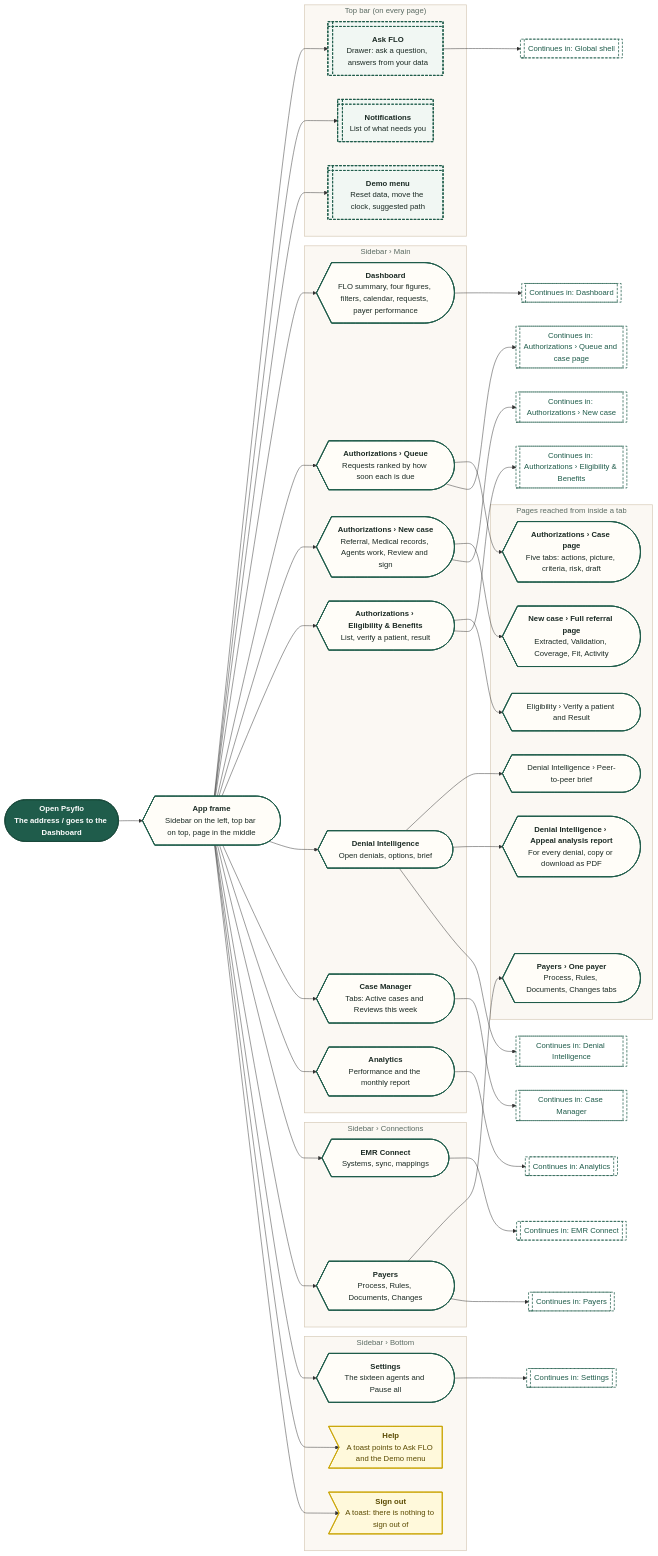
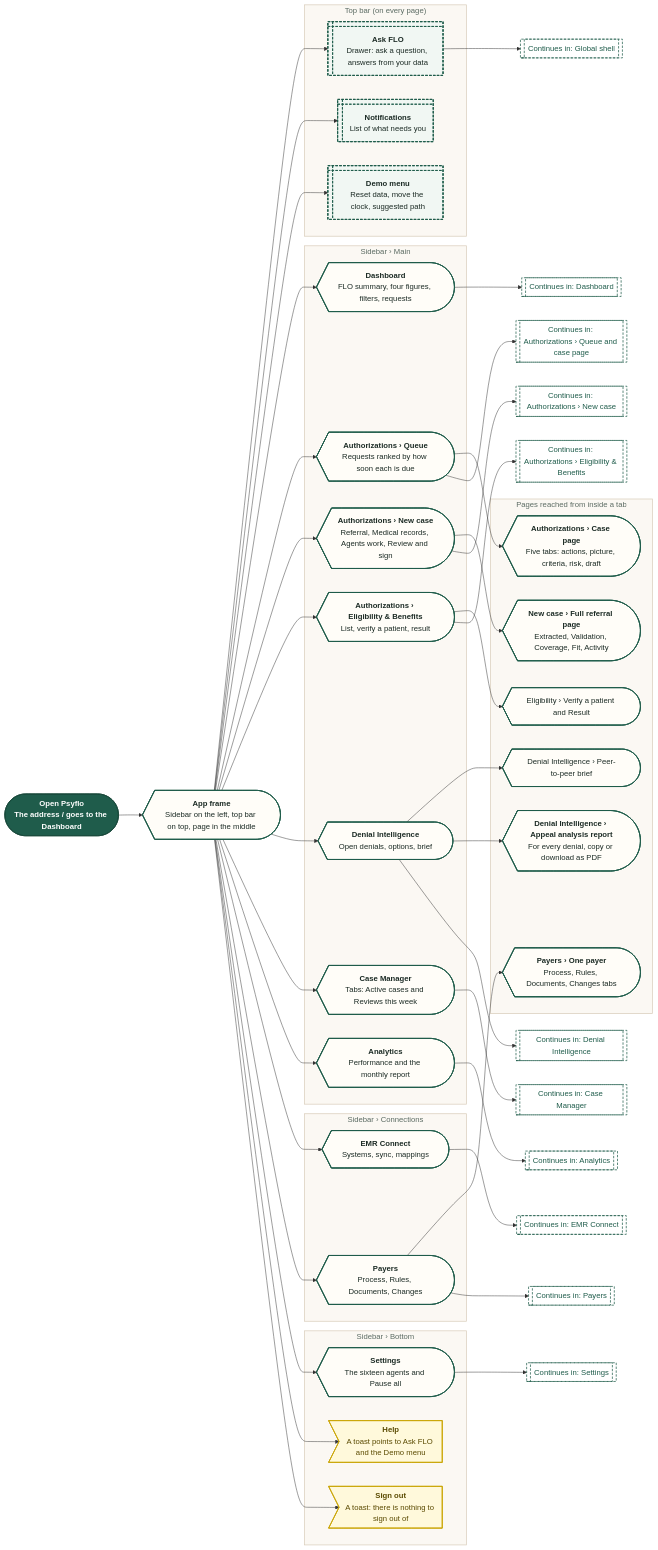
Before and after one commit to Shrav143/psyfloapp: the diagram in demos/prior-auth-demo/workflows/out/mmd/00-overview/20-site-map.mmd, drawn with Mermaid. The commit also changed 36 other files, not shown here.

First line of the commit message:
docs: diagrams and docs follow the removal of stage help, payer performance and the date range (242 diagrams)

```diff
--- a/demos/prior-auth-demo/workflows/out/mmd/00-overview/20-site-map.mmd
+++ b/demos/prior-auth-demo/workflows/out/mmd/00-overview/20-site-map.mmd
@@ -1,93 +1,93 @@
 %%{init: {"theme":"base","themeVariables":{"fontFamily":"'DM Sans', 'Segoe UI', system-ui, sans-serif","fontSize":"15px","lineColor":"#5B6B63","primaryTextColor":"#1C2B25","clusterBkg":"#FBF8F3","clusterBorder":"#D9CDBB","edgeLabelBackground":"#FFFFFF"},"flowchart":{"curve":"basis","nodeSpacing":36,"rankSpacing":48,"padding":12,"htmlLabels":true,"useMaxWidth":false,"wrappingWidth":230}} }%%
 flowchart LR
   classDef k_start fill:#1F5C4B,stroke:#174638,color:#FFFFFF,stroke-width:1.5px,font-weight:600
   classDef k_end fill:#DDEFE3,stroke:#2E7D4F,color:#14502F,stroke-width:1.5px,font-weight:600
   classDef k_endx fill:#FBE3E0,stroke:#C0392B,color:#7A1F16,stroke-width:1.5px,font-weight:600
   classDef k_screen fill:#FFFDF8,stroke:#1F5C4B,color:#1C2B25,stroke-width:2px
   classDef k_overlay fill:#F1F7F3,stroke:#1F5C4B,color:#1C2B25,stroke-width:2px,stroke-dasharray:5 3
   classDef k_click fill:#DCEBFA,stroke:#2F6DB5,color:#12365F,stroke-width:1.5px
   classDef k_input fill:#E4E7FF,stroke:#4C5FD5,color:#1D2670,stroke-width:1.5px
   classDef k_process fill:#EEF0EE,stroke:#7A857F,color:#26302B,stroke-width:1.5px
   classDef k_agent fill:#EEE5FA,stroke:#7A4FC2,color:#341A63,stroke-width:1.5px
   classDef k_decision fill:#FFF0CC,stroke:#D9962B,color:#5C3B00,stroke-width:1.5px
   classDef k_store fill:#D5F0EA,stroke:#1C8E7B,color:#0B4A3F,stroke-width:1.5px
   classDef k_doc fill:#F6E9DC,stroke:#B07A4C,color:#4A2E14,stroke-width:1.5px
   classDef k_ext fill:#FFE6D2,stroke:#E07B39,color:#6B2F06,stroke-width:1.5px
   classDef k_wait fill:#E4E8EE,stroke:#6B7C93,color:#26303D,stroke-width:1.5px
   classDef k_toast fill:#FFF9DB,stroke:#C9A400,color:#5A4A00,stroke-width:1.5px
   classDef k_goto fill:#FFFFFF,stroke:#1F5C4B,color:#1F5C4B,stroke-width:1.5px,stroke-dasharray:5 3
   s0@{ shape: stadium, label: "<b>Open Psyflo</b><br/>The address / goes to the Dashboard" }
   shell@{ shape: curv-trap, label: "<b>App frame</b><br/>Sidebar on the left, top bar on top, page in the middle" }
   subgraph gTop ["Top bar (on every page)"]
   ask@{ shape: win-pane, label: "<b>Ask FLO</b><br/>Drawer: ask a question, answers from your data" }
   notif@{ shape: win-pane, label: "<b>Notifications</b><br/>List of what needs you" }
   demo@{ shape: win-pane, label: "<b>Demo menu</b><br/>Reset data, move the clock, suggested path" }
   end
   subgraph gMain ["Sidebar › Main"]
-  dash@{ shape: curv-trap, label: "<b>Dashboard</b><br/>FLO summary, four figures, filters, calendar, requests, payer performance" }
+  dash@{ shape: curv-trap, label: "<b>Dashboard</b><br/>FLO summary, four figures, filters, requests" }
   auth@{ shape: curv-trap, label: "<b>Authorizations › Queue</b><br/>Requests ranked by how soon each is due" }
   newc@{ shape: curv-trap, label: "<b>Authorizations › New case</b><br/>Referral, Medical records, Agents work, Review and sign" }
   elig@{ shape: curv-trap, label: "<b>Authorizations › Eligibility & Benefits</b><br/>List, verify a patient, result" }
   den@{ shape: curv-trap, label: "<b>Denial Intelligence</b><br/>Open denials, options, brief" }
   mgr@{ shape: curv-trap, label: "<b>Case Manager</b><br/>Tabs: Active cases and Reviews this week" }
   ana@{ shape: curv-trap, label: "<b>Analytics</b><br/>Performance and the monthly report" }
   end
   subgraph gConn ["Sidebar › Connections"]
   emr@{ shape: curv-trap, label: "<b>EMR Connect</b><br/>Systems, sync, mappings" }
   pay@{ shape: curv-trap, label: "<b>Payers</b><br/>Process, Rules, Documents, Changes" }
   end
   subgraph gBot ["Sidebar › Bottom"]
   set@{ shape: curv-trap, label: "<b>Settings</b><br/>The sixteen agents and Pause all" }
   help@{ shape: odd, label: "<b>Help</b><br/>A toast points to Ask FLO and the Demo menu" }
   out@{ shape: odd, label: "<b>Sign out</b><br/>A toast: there is nothing to sign out of" }
   end
   subgraph gSub ["Pages reached from inside a tab"]
   case@{ shape: curv-trap, label: "<b>Authorizations › Case page</b><br/>Five tabs: actions, picture, criteria, risk, draft" }
   ref@{ shape: curv-trap, label: "<b>New case › Full referral page</b><br/>Extracted, Validation, Coverage, Fit, Activity" }
   ver@{ shape: curv-trap, label: "Eligibility › Verify a patient and Result" }
   brief@{ shape: curv-trap, label: "Denial Intelligence › Peer-to-peer brief" }
   rep@{ shape: curv-trap, label: "<b>Denial Intelligence › Appeal analysis report</b><br/>For every denial, copy or download as PDF" }
   payer@{ shape: curv-trap, label: "<b>Payers › One payer</b><br/>Process, Rules, Documents, Changes tabs" }
   end
   g1@{ shape: subproc, label: "Continues in: Global shell" }
   g2@{ shape: subproc, label: "Continues in: Dashboard" }
   g3@{ shape: subproc, label: "Continues in: Authorizations › Queue and case page" }
   g4@{ shape: subproc, label: "Continues in: Authorizations › New case" }
   g5@{ shape: subproc, label: "Continues in: Authorizations › Eligibility & Benefits" }
   g6@{ shape: subproc, label: "Continues in: Denial Intelligence" }
   g7@{ shape: subproc, label: "Continues in: Case Manager" }
   g8@{ shape: subproc, label: "Continues in: Analytics" }
   g9@{ shape: subproc, label: "Continues in: EMR Connect" }
   g10@{ shape: subproc, label: "Continues in: Payers" }
   g11@{ shape: subproc, label: "Continues in: Settings" }
   s0 --> shell
   shell --> ask & notif & demo
   shell --> dash & auth & newc & elig & den & mgr & ana
   shell --> emr & pay
   shell --> set & help & out
   auth --> case
   newc --> ref
   elig --> ver
   den --> brief & rep
   pay --> payer
   ask --> g1
   dash --> g2
   auth --> g3
   newc --> g4
   elig --> g5
   den --> g6
   mgr --> g7
   ana --> g8
   emr --> g9
   pay --> g10
   set --> g11
   class s0 k_start
   class shell,dash,auth,newc,elig,den,mgr,ana,emr,pay,set,case,ref,ver,brief,rep,payer k_screen
   class ask,notif,demo k_overlay
   class help,out k_toast
   class g1,g2,g3,g4,g5,g6,g7,g8,g9,g10,g11 k_goto
   style gTop fill:#FBF8F3,stroke:#D9CDBB,stroke-width:1.5px,color:#5B6B63
   style gMain fill:#FBF8F3,stroke:#D9CDBB,stroke-width:1.5px,color:#5B6B63
   style gConn fill:#FBF8F3,stroke:#D9CDBB,stroke-width:1.5px,color:#5B6B63
   style gBot fill:#FBF8F3,stroke:#D9CDBB,stroke-width:1.5px,color:#5B6B63
   style gSub fill:#FBF8F3,stroke:#D9CDBB,stroke-width:1.5px,color:#5B6B63
```
